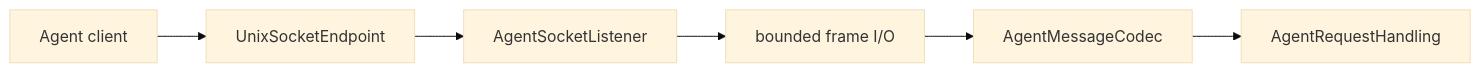
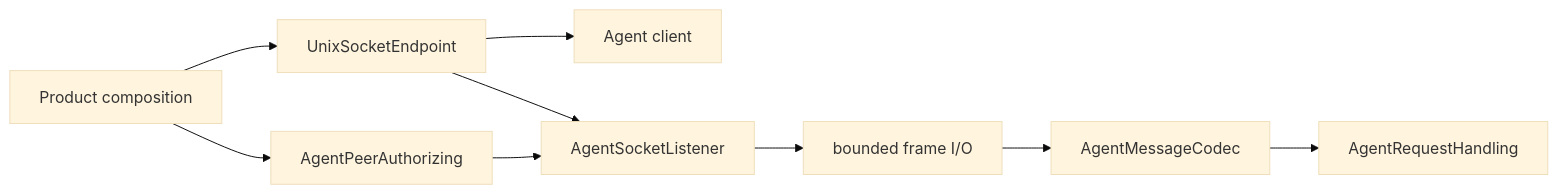
One commit to 1amageek/Rupa changed the diagram in RupaKit/Sources/RupaAgentTransport/DESIGN.md. Above: the diagram before and after it, drawn with Mermaid (base theme). The commit also changed other lines of this file and 97 other files, not shown here.

````diff
--- a/RupaKit/Sources/RupaAgentTransport/DESIGN.md
+++ b/RupaKit/Sources/RupaAgentTransport/DESIGN.md
@@ -32,8 +34,11 @@
 ```mermaid
 flowchart LR
-    Client["Agent client"] --> Endpoint["UnixSocketEndpoint"]
+    Composition["Product composition"] --> Endpoint["UnixSocketEndpoint"]
+    Endpoint --> Client["Agent client"]
     Endpoint --> Listener["AgentSocketListener"]
+    Composition --> Authorizer["AgentPeerAuthorizing"]
+    Authorizer --> Listener
     Listener --> Frame["bounded frame I/O"]
     Frame --> Codec["AgentMessageCodec"]
     Codec --> Handler["AgentRequestHandling"]
 ```
````
